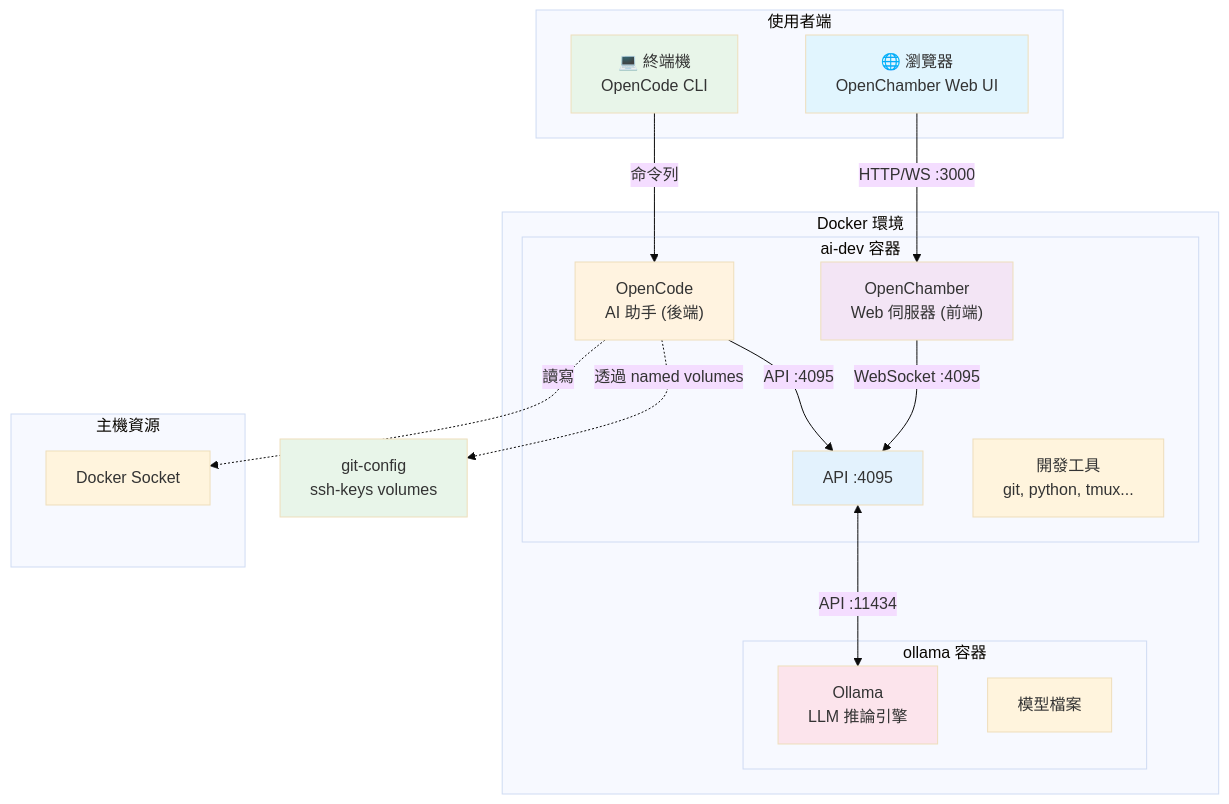
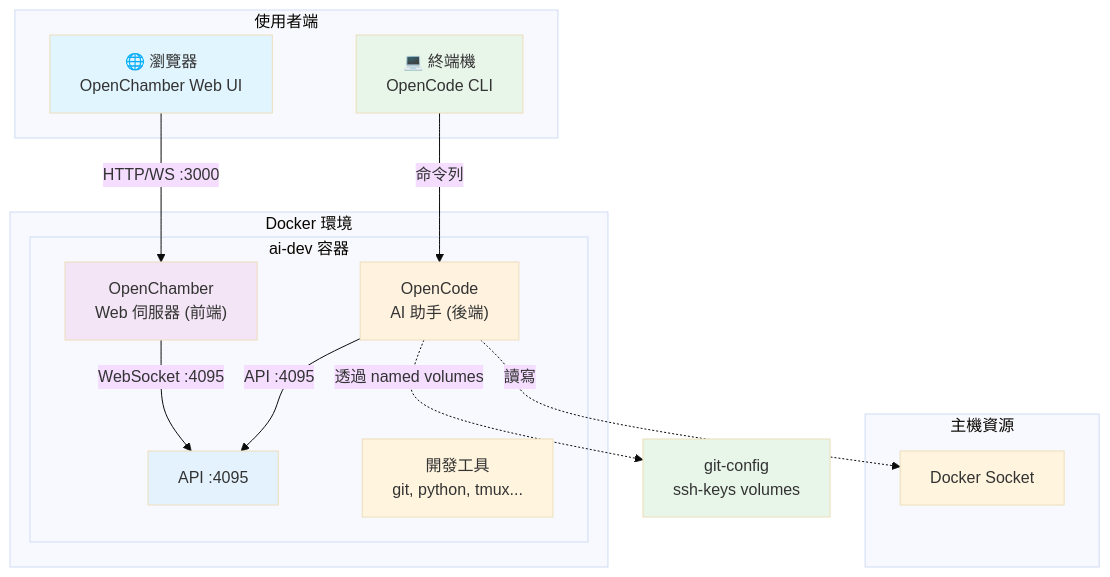
The first of 11 diagrams in docs/ARCHITECTURE.md (tryweb/ai-engkit), drawn with Mermaid (base theme) before and after one commit. The commit also changed other lines of this file and 4 other files, not shown here.

````diff
--- a/docs/ARCHITECTURE.md
+++ b/docs/ARCHITECTURE.md
@@ -20,42 +20,35 @@
 ```mermaid
 graph TB
     subgraph "使用者端"
         BROWSER["🌐 瀏覽器<br/>OpenChamber Web UI"]
         TERMINAL["💻 終端機<br/>OpenCode CLI"]
     end
 
     subgraph "Docker 環境"
         subgraph "ai-dev 容器"
             OC["OpenCode<br/>AI 助手 (後端)"]
             CH["OpenChamber<br/>Web 伺服器 (前端)"]
             API["API :4095"]
             TOOLS["開發工具<br/>git, python, tmux..."]
         end
-
-        subgraph "ollama 容器"
-            OLLAMA["Ollama<br/>LLM 推論引擎"]
-            MODELS["模型檔案"]
-        end
     end
-
+    
     subgraph "主機資源"
         HOST_DOCKER["Docker Socket"]
     end
 
     BROWSER -->|"HTTP/WS :3000"| CH
     CH -->|"WebSocket :4095"| API
     TERMINAL -->|"命令列"| OC
     OC -->|"API :4095"| API
-    API <-->|"API :11434"| OLLAMA
     
     OC -.->|"透過 named volumes"| GIT_VOLS["git-config<br/>ssh-keys volumes"]
     OC -.->|"讀寫"| HOST_DOCKER
 
     style BROWSER fill:#e1f5fe
     style TERMINAL fill:#e8f5e9
     style OC fill:#fff3e0
     style CH fill:#f3e5f5
     style API fill:#e3f2fd
-    style OLLAMA fill:#fce4ec
     style GIT_VOLS fill:#e8f5e9
 ```
````
